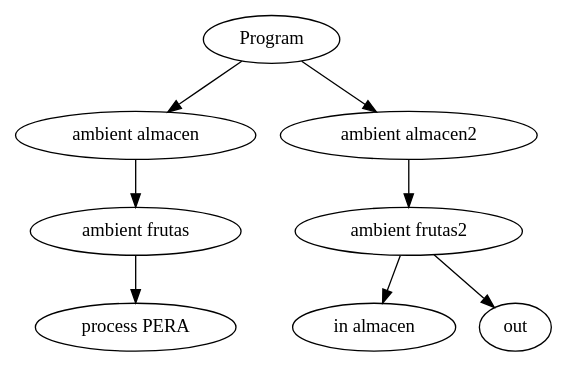
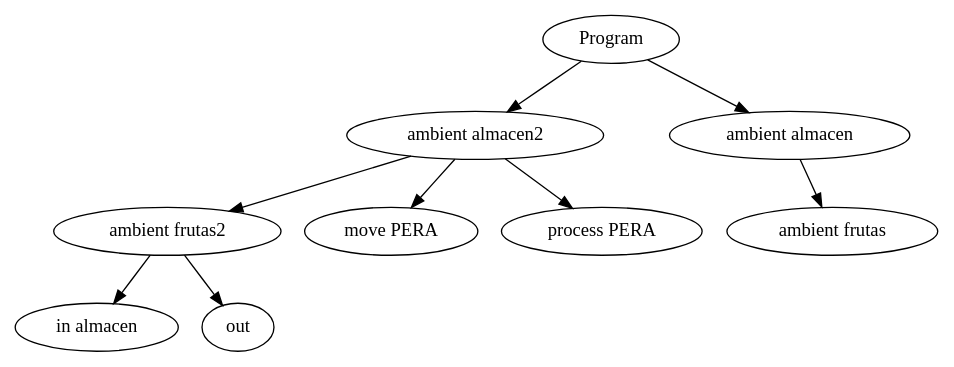
One commit to Sebas03446/AmbientCalculusLanguage changed the diagram in ast.dot. Above: the diagram before and after it, drawn with Graphviz. The commit also changed 3 other files, not shown here.

```diff
--- a/ast.dot
+++ b/ast.dot
@@ -1,17 +1,19 @@
 digraph G {
   node0 [label="Program"];
-  node1 [label="ambient almacen"];
-  node2 [label="ambient frutas"];
-  node3 [label="process PERA"];
-  node4 [label="ambient almacen2"];
-  node5 [label="ambient frutas2"];
-  node6 [label="in almacen"];
-  node7 [label="out"];
+  node1 [label="ambient almacen2"];
+  node2 [label="ambient frutas2"];
+  node3 [label="in almacen"];
+  node4 [label="out"];
+  node5 [label="move PERA"];
+  node6 [label="process PERA"];
+  node7 [label="ambient almacen"];
+  node8 [label="ambient frutas"];
   node0 -> node1;
   node1 -> node2;
   node2 -> node3;
-  node0 -> node4;
-  node4 -> node5;
-  node5 -> node6;
-  node5 -> node7;
+  node2 -> node4;
+  node1 -> node5;
+  node1 -> node6;
+  node0 -> node7;
+  node7 -> node8;
 }
```
